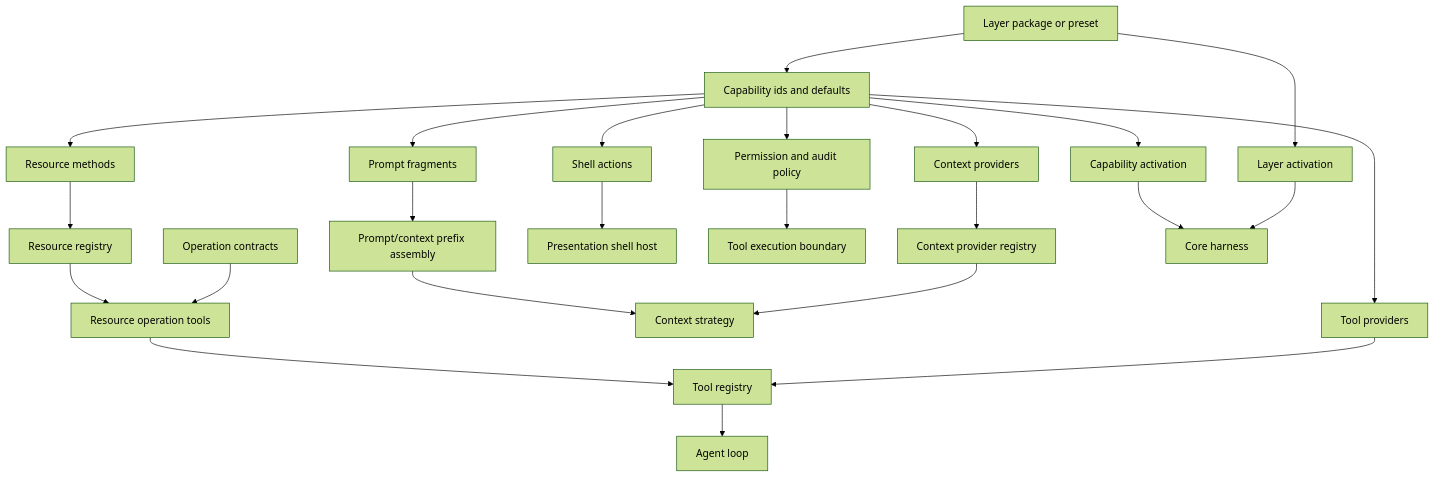
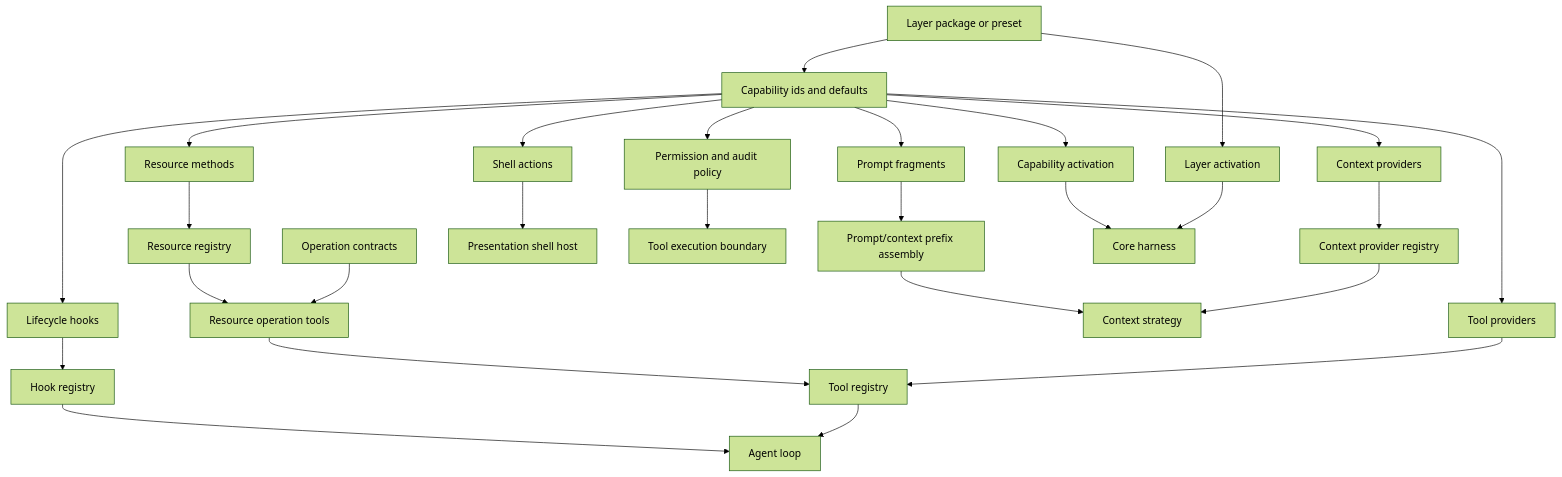
Before and after one commit to alendit/e: the third of 6 diagrams in docs/architecture.md, drawn with Mermaid (forest theme). The commit also changed other lines of this file and 32 other files, not shown here.

````diff
--- a/docs/architecture.md
+++ b/docs/architecture.md
@@ -173,28 +175,31 @@
 ```mermaid
 flowchart TD
     Layer["Layer package or preset"] --> Capability["Capability ids and defaults"]
     Capability --> ContextProvider["Context providers"]
     Capability --> ToolProvider["Tool providers"]
     Capability --> ResourceMethod["Resource methods"]
+    Capability --> HookProvider["Lifecycle hooks"]
     Capability --> PromptFragment["Prompt fragments"]
     Capability --> ShellAction["Shell actions"]
     Capability --> Policy["Permission and audit policy"]
 
     ContextProvider --> ContextRegistry["Context provider registry"]
     ToolProvider --> ToolRegistry["Tool registry"]
     ResourceMethod --> ResourceRegistry["Resource registry"]
+    HookProvider --> HookRegistry["Hook registry"]
     PromptFragment --> PromptRegistry["Prompt/context prefix assembly"]
     ShellAction --> ShellHost["Presentation shell host"]
     Policy --> ToolExecution["Tool execution boundary"]
     Layer --> LayerActivation["Layer activation"]
     Capability --> CapabilityActivation["Capability activation"]
 
     ContextRegistry --> ContextStrategy["Context strategy"]
     PromptRegistry --> ContextStrategy
     ToolRegistry --> AgentLoop["Agent loop"]
+    HookRegistry --> AgentLoop
     OperationContract["Operation contracts"] --> OperationTools["Resource operation tools"]
     ResourceRegistry --> OperationTools
     OperationTools --> ToolRegistry
     LayerActivation --> Harness["Core harness"]
     CapabilityActivation --> Harness
 ```
````
